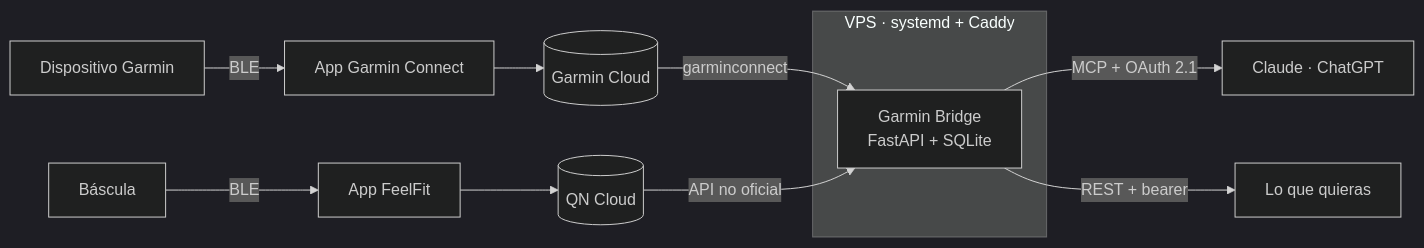
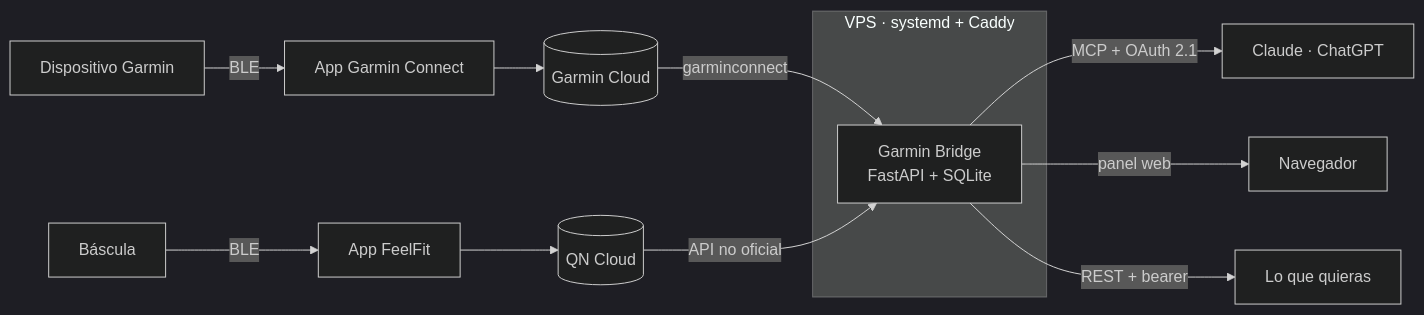
One commit to DemboNauta/garmin-ia changed the diagram in README.md. Above: the diagram before and after it, drawn with Mermaid (dark theme). The commit also changed other lines of this file and 10 other files, not shown here.

````diff
--- a/README.md
+++ b/README.md
@@ -121,14 +157,15 @@
 ```mermaid
 flowchart LR
     D[Dispositivo Garmin] -->|BLE| A[App Garmin Connect]
     A --> G[(Garmin Cloud)]
     G -->|garminconnect| B
     E[Báscula] -->|BLE| F[App FeelFit]
     F --> H[(QN Cloud)]
     H -->|API no oficial| B
     subgraph VPS[VPS · systemd + Caddy]
         B[Garmin Bridge<br/>FastAPI + SQLite]
     end
     B -->|MCP + OAuth 2.1| C[Claude · ChatGPT]
+    B -->|panel web| N[Navegador]
     B -->|REST + bearer| R[Lo que quieras]
 ```
````
